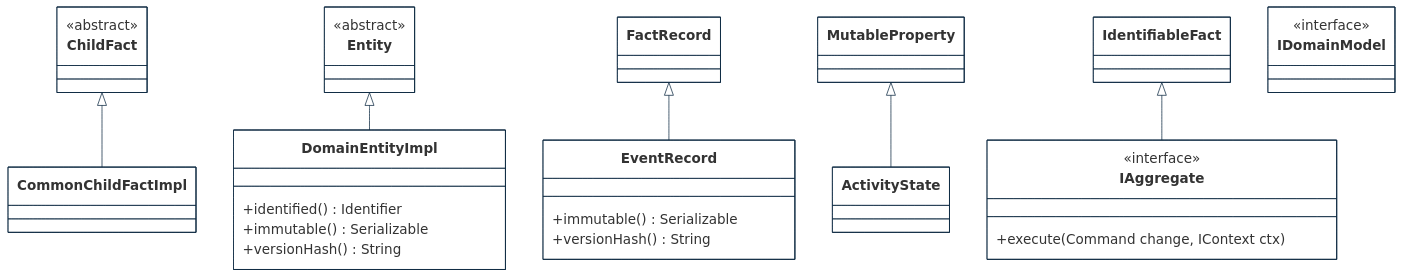
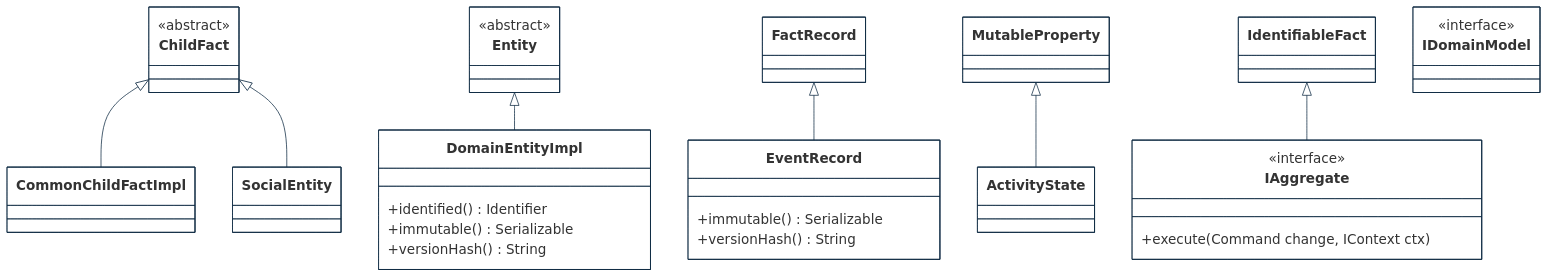
One commit to cybnity/foundation changed the second of 6 diagrams in implementations-line/framework/domain/designview-packages.md. Above: the diagram before and after it, drawn with Mermaid.

````diff
--- a/implementations-line/framework/domain/designview-packages.md
+++ b/implementations-line/framework/domain/designview-packages.md
@@ -60,49 +60,50 @@
 ```mermaid
 %%{
   init: {
     'theme': 'base',
     'themeVariables': {
         'background': '#ffffff',
         'fontFamily': 'arial',
         'fontSize': '18px',
         'primaryColor': '#fff',
         'primaryBorderColor': '#0e2a43',
         'secondaryBorderColor': '#0e2a43',
         'tertiaryBorderColor': '#0e2a43',
         'edgeLabelBackground':'#0e2a43',
         'lineColor': '#0e2a43',
         'tertiaryColor': '#fff'
     }
   }
 }%%
 classDiagram
     ChildFact <|-- CommonChildFactImpl
+    ChildFact <|-- SocialEntity
     Entity <|-- DomainEntityImpl
     FactRecord <|-- EventRecord
     MutableProperty <|-- ActivityState
     IdentifiableFact <|-- IAggregate
 
     class IAggregate {
         <<interface>>
         +execute(Command change, IContext ctx)
     }
     class Entity {
         <<abstract>>
     }
     class DomainEntityImpl {
         +identified() Identifier
         +immutable() Serializable
         +versionHash() String
     }
     class ChildFact {
         <<abstract>>
     }
     class EventRecord {
         +immutable() Serializable
         +versionHash() String
     }
     class IDomainModel {
         <<interface>>
     }
 
 ```
````
